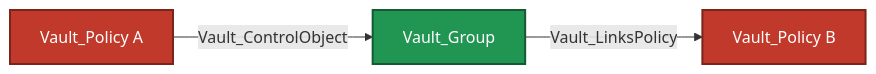
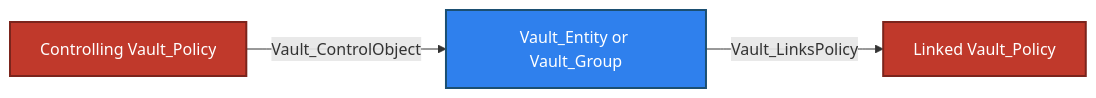
Before and after one commit to bytewreck/opengraph-vault: the fourth of 14 diagrams in Documentation/stores/IDENTITY.md, drawn with Mermaid. The commit also changed other lines of this file and 5 other files, not shown here.

````diff
--- a/Documentation/stores/IDENTITY.md
+++ b/Documentation/stores/IDENTITY.md
@@ -240,8 +205,8 @@
 ```mermaid
 flowchart LR
-    policyA["Vault_Policy A"]:::policyNode -->|Vault_ControlObject| group[Vault_Group]:::groupNode
-    group -->|Vault_LinksPolicy| policyB["Vault_Policy B"]:::policyNode
+    policyA[Controlling Vault_Policy]:::policyNode -->|Vault_ControlObject| identity[Vault_Entity or Vault_Group]:::identityNode
+    identity -->|Vault_LinksPolicy| policyB[Linked Vault_Policy]:::policyNode
 
     classDef policyNode fill:#C0392B,color:#fff,stroke:#7B241C,stroke-width:2px
-    classDef groupNode fill:#219653,color:#fff,stroke:#145A32,stroke-width:2px
+    classDef identityNode fill:#2F80ED,color:#fff,stroke:#1B4F72,stroke-width:2px
 ```
````
